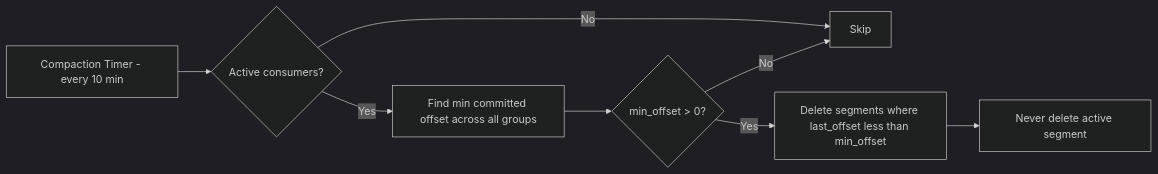
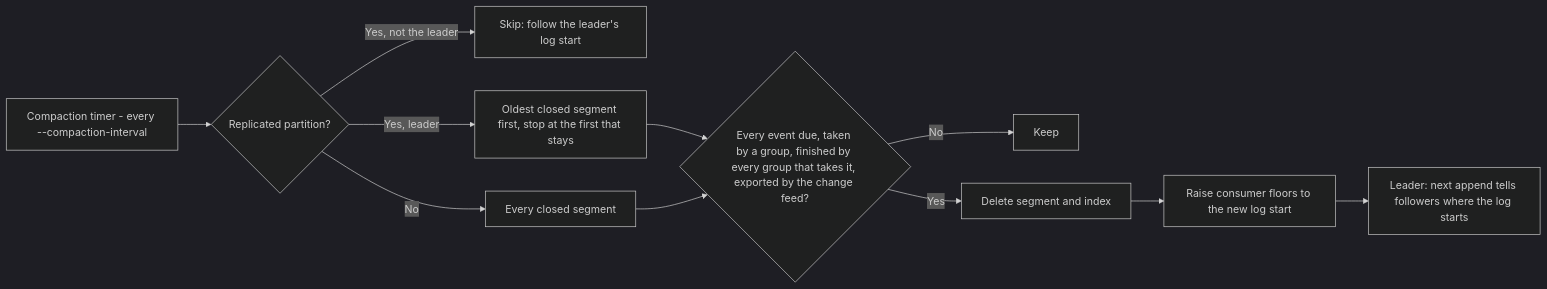
The tenth of 47 diagrams in ARCHITECTURE.md (jatin711-debug/cronos_db_golang), drawn with Mermaid (dark theme) before and after one commit. The commit also changed other lines of this file and 7 other files, not shown here.

````diff
--- a/ARCHITECTURE.md
+++ b/ARCHITECTURE.md
@@ -427,10 +427,13 @@
 ```mermaid
 flowchart LR
-    A[Compaction Timer - every 10 min] --> B{Active consumers?}
-    B -->|No| Z[Skip]
-    B -->|Yes| C[Find min committed offset across all groups]
-    C --> D{min_offset > 0?}
-    D -->|No| Z
-    D -->|Yes| E[Delete segments where last_offset less than min_offset]
-    E --> F[Never delete active segment]
+    A[Compaction timer - every --compaction-interval] --> B{Replicated partition?}
+    B -->|Yes, not the leader| Z[Skip: follow the leader's log start]
+    B -->|Yes, leader| P[Oldest closed segment first, stop at the first that stays]
+    B -->|No| Q[Every closed segment]
+    P --> C{Every event due, taken by a group, finished by every group that takes it, exported by the change feed?}
+    Q --> C
+    C -->|No| K[Keep]
+    C -->|Yes| E[Delete segment and index]
+    E --> F[Raise consumer floors to the new log start]
+    F --> G[Leader: next append tells followers where the log starts]
 ```
````
